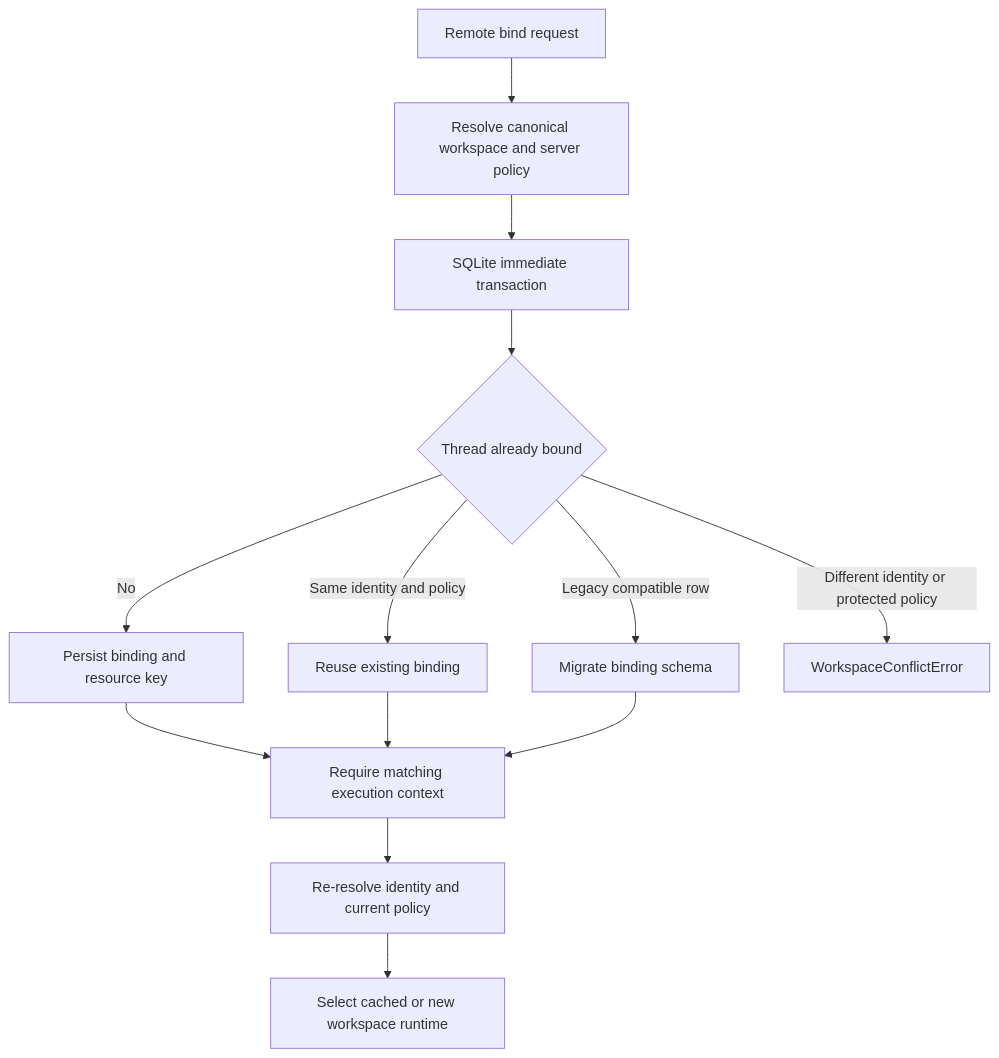
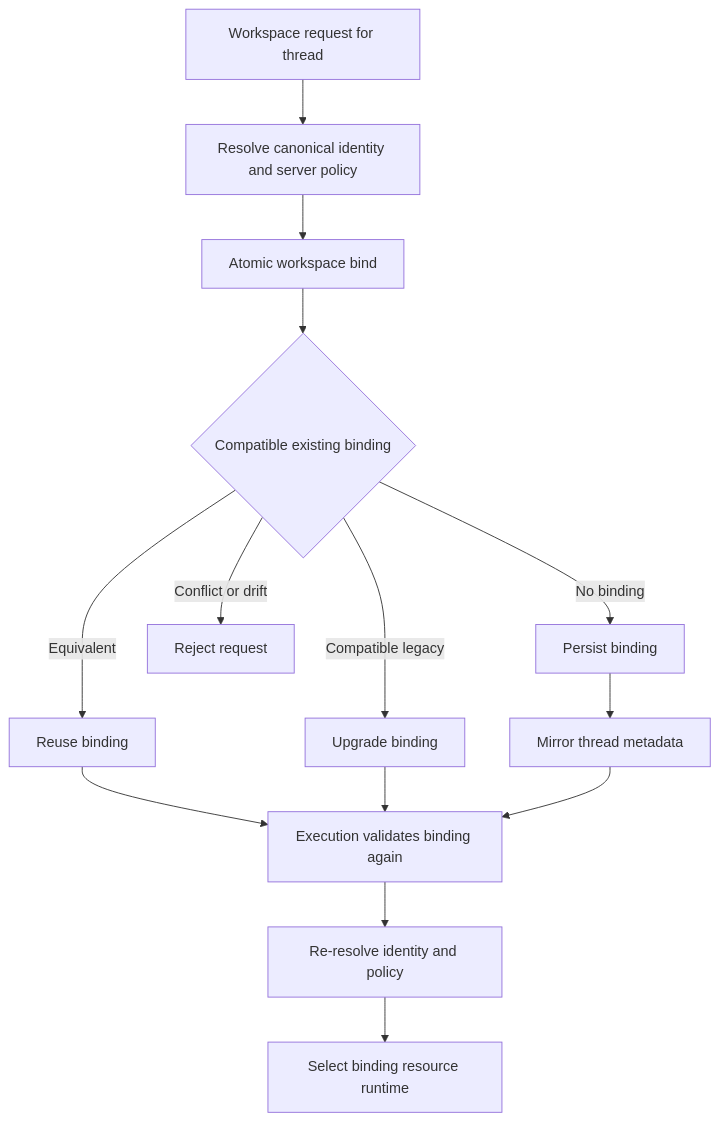
Before and after one commit to langchain-ai/deepagents: the third of 3 diagrams in openwiki/concepts/state-persistence.md, drawn with Mermaid. The commit also changed other lines of this file and 62 other files, not shown here.

````diff
--- a/openwiki/concepts/state-persistence.md
+++ b/openwiki/concepts/state-persistence.md
@@ -86,15 +130,16 @@
 ```mermaid
 flowchart TD
-    Request["Remote bind request"] --> Resolve["Resolve canonical workspace and server policy"]
-    Resolve --> Bind["SQLite immediate transaction"]
-    Bind --> Existing{"Thread already bound"}
-    Existing -->|"No"| Persist["Persist binding and resource key"]
-    Existing -->|"Same identity and policy"| Reuse["Reuse existing binding"]
-    Existing -->|"Legacy compatible row"| Upgrade["Migrate binding schema"]
-    Existing -->|"Different identity or protected policy"| Reject["WorkspaceConflictError"]
-    Persist --> Execute["Require matching execution context"]
-    Reuse --> Execute
+    Request["Workspace request for thread"] --> Resolve["Resolve canonical identity and server policy"]
+    Resolve --> Bind["Atomic workspace bind"]
+    Bind --> Existing{"Compatible existing binding"}
+    Existing -->|"No binding"| Persist["Persist binding"]
+    Existing -->|"Equivalent"| Reuse["Reuse binding"]
+    Existing -->|"Compatible legacy"| Upgrade["Upgrade binding"]
+    Existing -->|"Conflict or drift"| Reject["Reject request"]
+    Persist --> Mirror["Mirror thread metadata"]
+    Reuse --> Execute["Execution validates binding again"]
     Upgrade --> Execute
-    Execute --> ReResolve["Re-resolve identity and current policy"]
-    ReResolve --> Runtime["Select cached or new workspace runtime"]
+    Mirror --> Execute
+    Execute --> Verify["Re-resolve identity and policy"]
+    Verify --> Runtime["Select binding resource runtime"]
 ```
````
